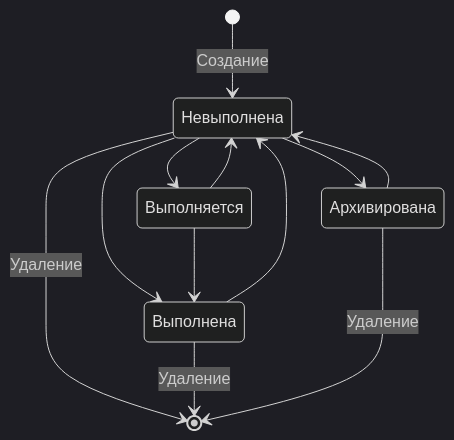
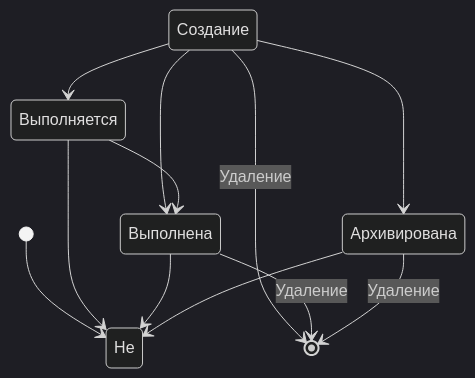
The diagram in README.RU.md (Kibnet/Unlimotion), drawn with Mermaid (dark theme) before and after one commit. The commit also changed other lines of this file and 1 other file, not shown here.

````diff
--- a/README.RU.md
+++ b/README.RU.md
@@ -30,14 +32,14 @@
 ```mermaid
 stateDiagram-v2
-    [*] --> Невыполнена: Создание
-    Невыполнена --> [*]: Удаление
-    Невыполнена --> Выполнена
-    Невыполнена --> Архивирована
-    Невыполнена --> Выполняется
-    Выполняется --> Невыполнена
+    [*] --> Не выполнена: Создание
+    Не выполнена --> [*]: Удаление
+    Не выполнена --> Выполнена
+    Не выполнена --> Архивирована
+    Не выполнена --> Выполняется
+    Выполняется --> Не выполнена
     Выполняется --> Выполнена
-    Выполнена --> Невыполнена
+    Выполнена --> Не выполнена
     Выполнена --> [*]: Удаление
-    Архивирована --> Невыполнена
+    Архивирована --> Не выполнена
     Архивирована --> [*]: Удаление
 ```
````
